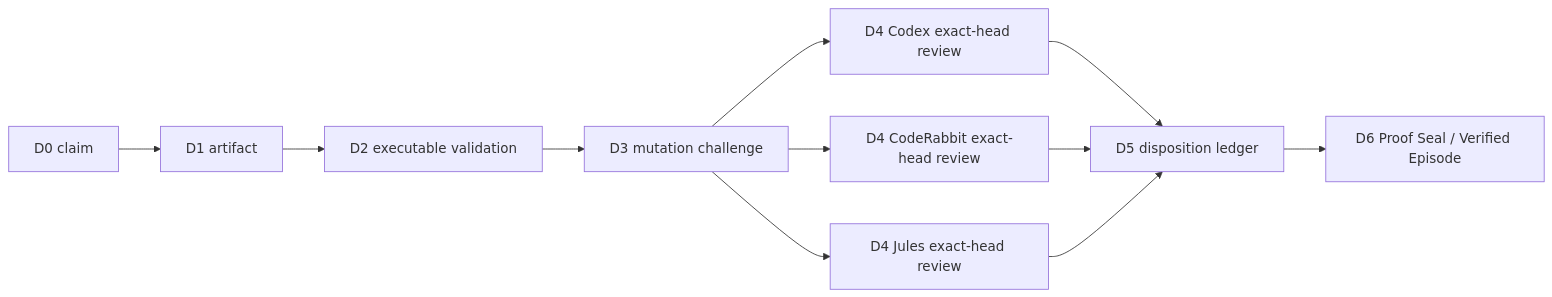
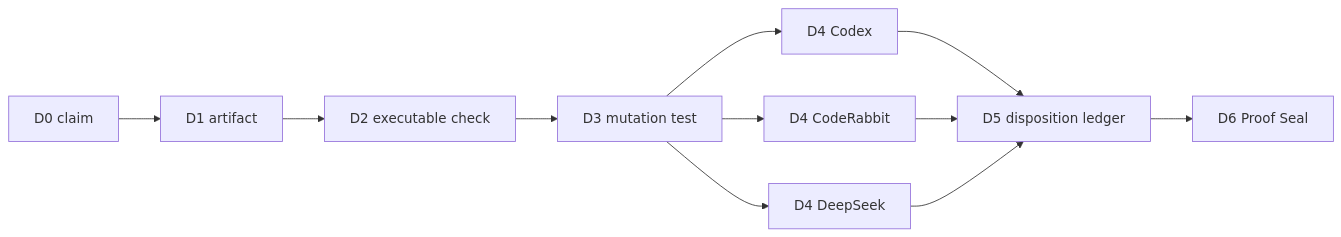
Before and after one commit to safal207/robys-coffee-house-demo: the diagram in docs/proof-depth-graph.md, drawn with Mermaid. The commit also changed other lines of this file, not shown here.

Commit message:
docs: make DeepSeek the third PDG reviewer

````diff
--- a/docs/proof-depth-graph.md
+++ b/docs/proof-depth-graph.md
@@ -29,13 +21,13 @@
 ```mermaid
 flowchart LR
   C["D0 claim"] --> A["D1 artifact"]
-  A --> V["D2 executable validation"]
-  V --> M["D3 mutation challenge"]
-  M --> X["D4 Codex exact-head review"]
-  M --> R["D4 CodeRabbit exact-head review"]
-  M --> J["D4 Jules exact-head review"]
+  A --> V["D2 executable check"]
+  V --> M["D3 mutation test"]
+  M --> X["D4 Codex"]
+  M --> R["D4 CodeRabbit"]
+  M --> D["D4 DeepSeek"]
   X --> L["D5 disposition ledger"]
   R --> L
-  J --> L
-  L --> S["D6 Proof Seal / Verified Episode"]
+  D --> L
+  L --> S["D6 Proof Seal"]
 ```
````
